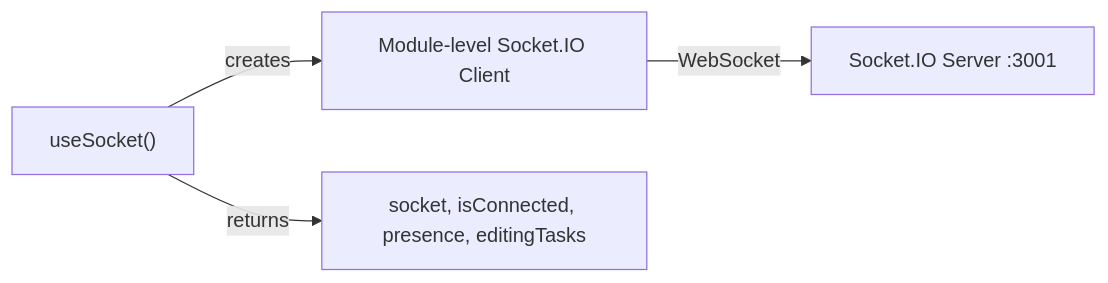
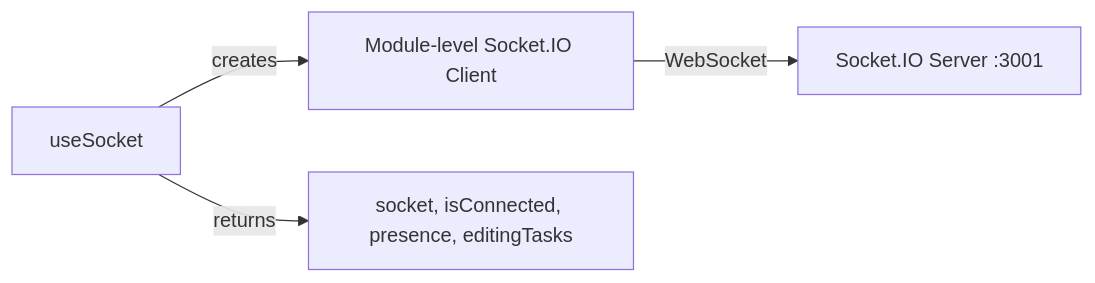
One commit to asefahmed500/Smart-Task-App_IIT_DU_Final_Project changed the fourth of 8 diagrams in docs/07-real-time-sockets.md. Above: the diagram before and after it, drawn with Mermaid. The commit also changed other lines of this file and 9 other files, not shown here.

Commit message:
fix: update AGENTS.md with Vercel deployment notes and additional mermaid cleanups

````diff
--- a/docs/07-real-time-sockets.md
+++ b/docs/07-real-time-sockets.md
@@ -142,7 +142,7 @@
 ```mermaid
 flowchart LR
-    HOOK["useSocket()"] -->|"creates"| CLIENT["Module-level Socket.IO Client"]
+    HOOK["useSocket"] -->|"creates"| CLIENT["Module-level Socket.IO Client"]
     CLIENT -->|"WebSocket"| SERVER["Socket.IO Server :3001"]
 
     HOOK -->|"returns"| API["socket, isConnected, presence, editingTasks"]
 ```
````
